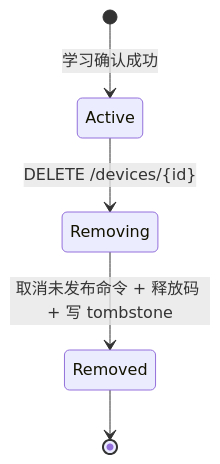
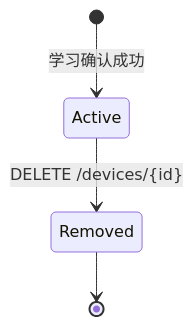
Before and after one commit to ktKongTong/esp-ev1527-server: the third of 5 diagrams in docs/api-contract-v1.md, drawn with Mermaid. The commit also changed other lines of this file and 53 other files, not shown here.

````diff
--- a/docs/api-contract-v1.md
+++ b/docs/api-contract-v1.md
@@ -476,7 +477,6 @@
 ```mermaid
 stateDiagram-v2
     [*] --> Active: 学习确认成功
-    Active --> Removing: DELETE /devices/{id}
-    Removing --> Removed: 取消未发布命令 + 释放码 + 写 tombstone
+    Active --> Removed: DELETE /devices/{id}
     Removed --> [*]
 ```
````
